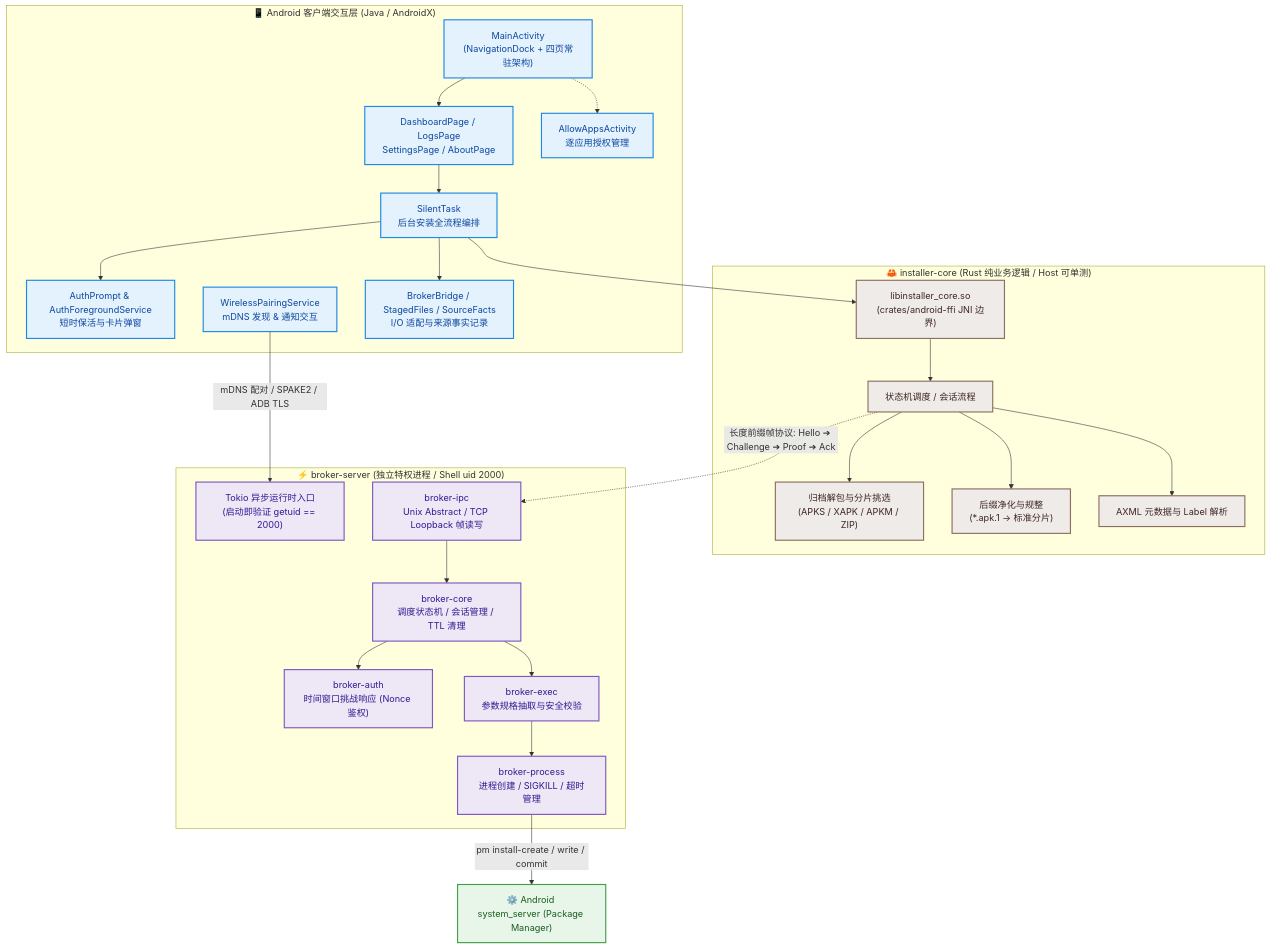
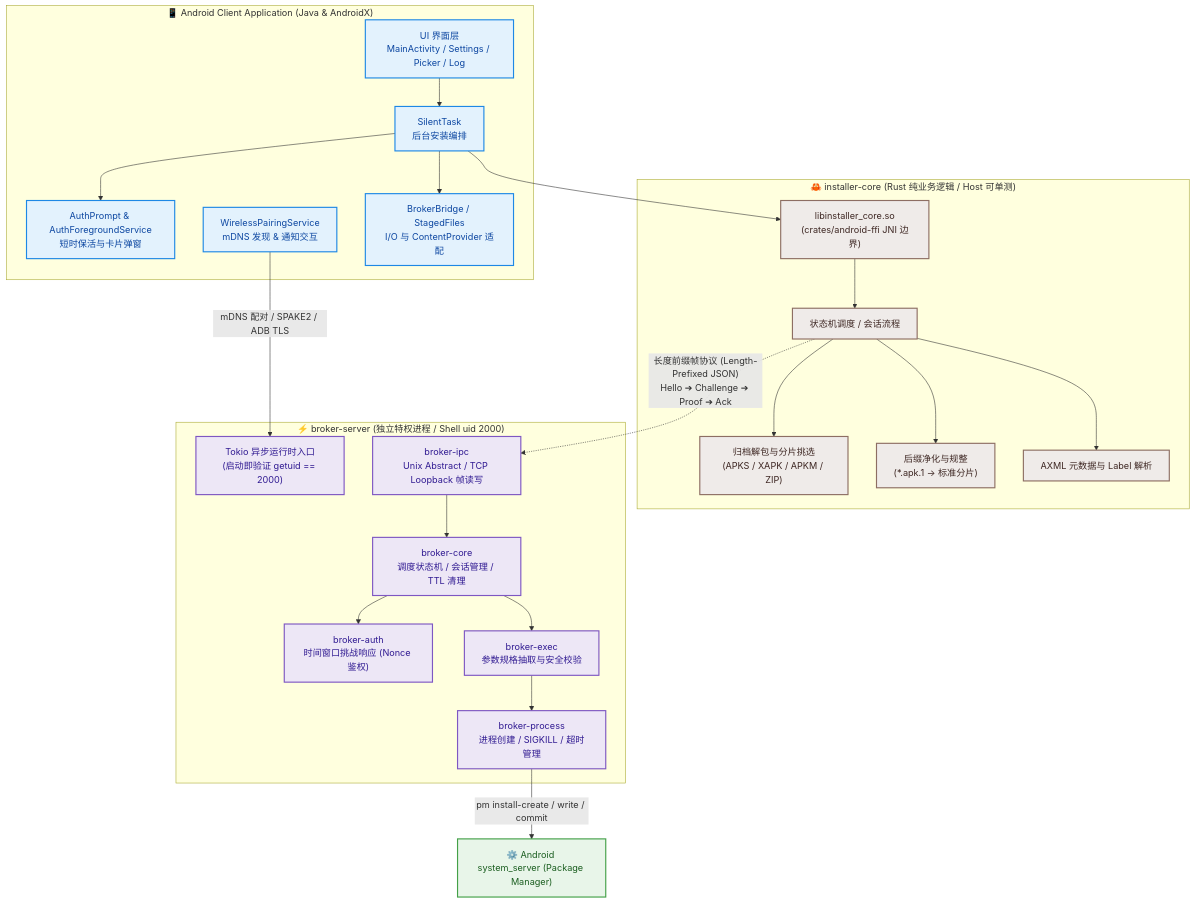
Before and after one commit to LianXia233/android-privilege-broker: the second of 3 diagrams in README.md, drawn with Mermaid. The commit also changed other lines of this file and 90 other files, not shown here.

````diff
--- a/README.md
+++ b/README.md
@@ -244,56 +178,52 @@
 ```mermaid
 flowchart TD
-    subgraph UI_Layer ["📱 Android 客户端交互层 (Java / AndroidX)"]
-        MainActivity["MainActivity<br/>(NavigationDock + 四页常驻架构)"]
-        Dashboard["DashboardPage / LogsPage<br/>SettingsPage / AboutPage"]
-        AllowApps["AllowAppsActivity<br/>逐应用授权管理"]
-        ST["SilentTask<br/>后台安装全流程编排"]
+    subgraph UI_Layer ["📱 Android Client Application (Java & AndroidX)"]
+        Activities["UI 界面层<br/>MainActivity / Settings / Picker / Log"]
+        ST["SilentTask<br/>后台安装编排"]
         AuthComp["AuthPrompt & AuthForegroundService<br/>短时保活与卡片弹窗"]
         WPS["WirelessPairingService<br/>mDNS 发现 & 通知交互"]
-        Bridge["BrokerBridge / StagedFiles / SourceFacts<br/>I/O 适配与来源事实记录"]
+        Bridge["BrokerBridge / StagedFiles<br/>I/O 与 ContentProvider 适配"]
     end
 
     subgraph Core_Layer ["🦀 installer-core (Rust 纯业务逻辑 / Host 可单测)"]
         JNI["libinstaller_core.so<br/>(crates/android-ffi JNI 边界)"]
         StateMachine["状态机调度 / 会话流程"]
         ArchiveEngine["归档解包与分片挑选<br/>(APKS / XAPK / APKM / ZIP)"]
         NameNormalizer["后缀净化与规整<br/>(*.apk.1 -> 标准分片)"]
         MetaParser["AXML 元数据与 Label 解析"]
     end
 
     subgraph Broker_Layer ["⚡ broker-server (独立特权进程 / Shell uid 2000)"]
         TokioServer["Tokio 异步运行时入口<br/>(启动即验证 getuid == 2000)"]
         BrokerCore["broker-core<br/>调度状态机 / 会话管理 / TTL 清理"]
         BrokerAuth["broker-auth<br/>时间窗口挑战响应 (Nonce 鉴权)"]
         BrokerExec["broker-exec<br/>参数规格抽取与安全校验"]
         BrokerProcess["broker-process<br/>进程创建 / SIGKILL / 超时管理"]
         BrokerIPC["broker-ipc<br/>Unix Abstract / TCP Loopback 帧读写"]
     end
 
-    MainActivity --> Dashboard
-    MainActivity -.-> AllowApps
     WPS -->|"mDNS 配对 / SPAKE2 / ADB TLS"| TokioServer
-    Dashboard --> ST
+    Activities --> ST
     ST --> AuthComp
     ST --> Bridge
     ST --> JNI
     JNI --> StateMachine
     StateMachine --> ArchiveEngine
     StateMachine --> NameNormalizer
     StateMachine --> MetaParser
-    StateMachine -.->|"长度前缀帧协议: Hello ➔ Challenge ➔ Proof ➔ Ack"| BrokerIPC
+    StateMachine -.->|"长度前缀帧协议 (Length-Prefixed JSON)<br/>Hello ➔ Challenge ➔ Proof ➔ Ack"| BrokerIPC
     BrokerIPC --> BrokerCore
     BrokerCore --> BrokerAuth
     BrokerCore --> BrokerExec
     BrokerExec --> BrokerProcess
     BrokerProcess -->|"pm install-create / write / commit"| SystemPM["⚙️ Android system_server (Package Manager)"]
 
     classDef android fill:#e3f2fd,stroke:#1e88e5,stroke-width:2px,color:#0d47a1;
     classDef rust fill:#efebe9,stroke:#8d6e63,stroke-width:2px,color:#3e2723;
     classDef broker fill:#ede7f6,stroke:#7e57c2,stroke-width:2px,color:#311b92;
     classDef os fill:#e8f5e9,stroke:#43a047,stroke-width:2px,color:#1b5e20;
-    class MainActivity,Dashboard,AllowApps,ST,AuthComp,WPS,Bridge android;
+    class Activities,ST,AuthComp,WPS,Bridge android;
     class JNI,StateMachine,ArchiveEngine,NameNormalizer,MetaParser rust;
     class TokioServer,BrokerCore,BrokerAuth,BrokerExec,BrokerProcess,BrokerIPC broker;
     class SystemPM os;
 ```
````
